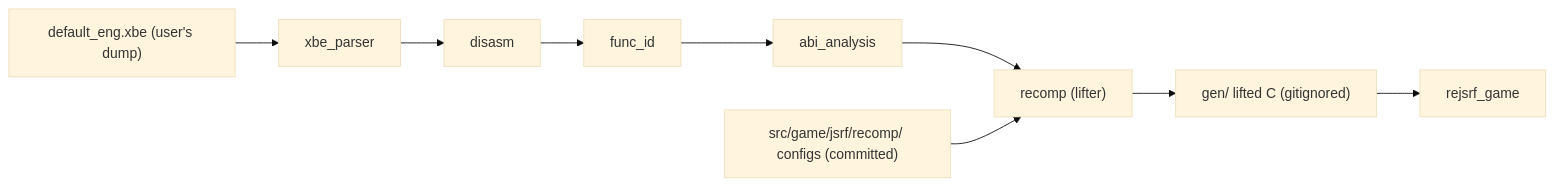
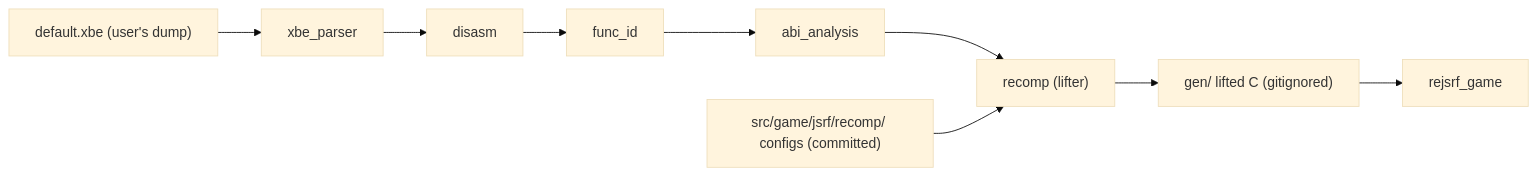
Before and after one commit to nworkers/reJSRF: the third of 3 diagrams in docs/design/20261012-i001-project-bootstrap.md, drawn with Mermaid (base theme). The commit also changed 30 other files, not shown here.

First line of the commit message:
v0.0.14: default.xbe from the game directory, --xbe, US MD5 check in the recomp scripts (#36)

````diff
--- a/docs/design/20261012-i001-project-bootstrap.md
+++ b/docs/design/20261012-i001-project-bootstrap.md
@@ -99,7 +99,7 @@
 ```mermaid
 flowchart LR
-    XBE["default_eng.xbe (user's dump)"] --> PARSE["xbe_parser"] --> DIS["disasm"] --> FID["func_id"] --> ABI["abi_analysis"] --> LIFT["recomp (lifter)"]
+    XBE["default.xbe (user's dump)"] --> PARSE["xbe_parser"] --> DIS["disasm"] --> FID["func_id"] --> ABI["abi_analysis"] --> LIFT["recomp (lifter)"]
     LIFT --> GEN["gen/ lifted C (gitignored)"]
     CFG["src/game/jsrf/recomp/ configs (committed)"] --> LIFT
     GEN --> BUILD["rejsrf_game"]
 ```
````
